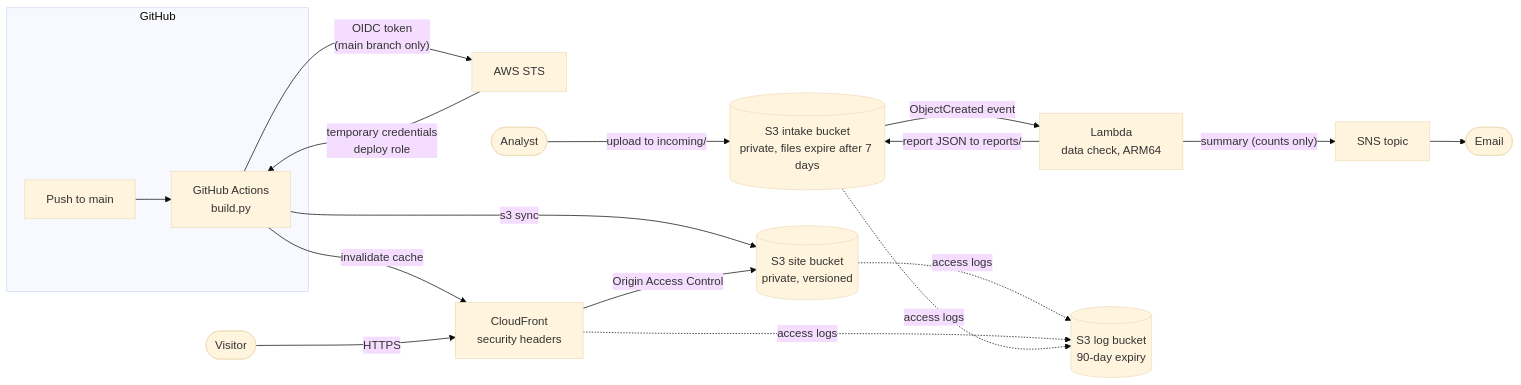
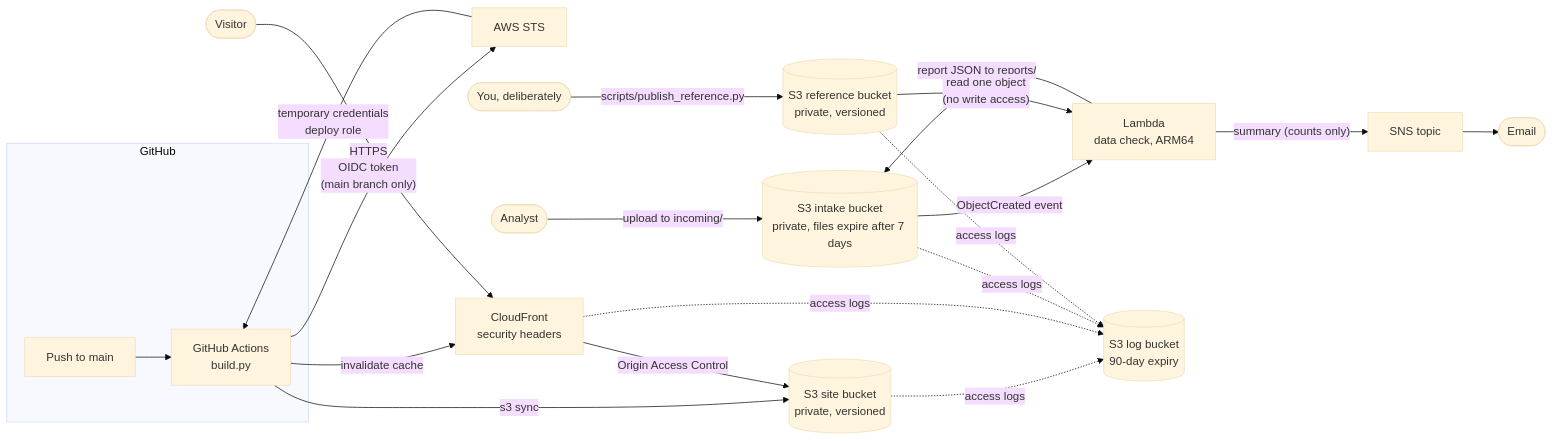
One commit to Dito-84/hip-knee-replacement-outcomes-dashboard changed the diagram in infra/README.md. Above: the diagram before and after it, drawn with Mermaid (base theme). The commit also changed other lines of this file and 18 other files, not shown here.

First line of the commit message:
Drift check in the data-check Lambda, against a read-only reference (#25)

````diff
--- a/infra/README.md
+++ b/infra/README.md
@@ -12,21 +12,24 @@
 ```mermaid
 flowchart LR
     subgraph GitHub
         push[Push to main] --> gha[GitHub Actions<br/>build.py]
     end
     gha -- "OIDC token<br/>(main branch only)" --> sts[AWS STS]
     sts -- "temporary credentials<br/>deploy role" --> gha
     gha -- "s3 sync" --> site[(S3 site bucket<br/>private, versioned)]
     gha -- "invalidate cache" --> cf
     viewer([Visitor]) -- HTTPS --> cf[CloudFront<br/>security headers]
     cf -- "Origin Access Control" --> site
 
     analyst([Analyst]) -- "upload to incoming/" --> intake[(S3 intake bucket<br/>private, files expire after 7 days)]
     intake -- "ObjectCreated event" --> fn[Lambda<br/>data check, ARM64]
     fn -- "report JSON to reports/" --> intake
     fn -- "summary (counts only)" --> sns[SNS topic] --> email([Email])
+    ref[(S3 reference bucket<br/>private, versioned)] -- "read one object<br/>(no write access)" --> fn
+    you([You, deliberately]) -- "scripts/publish_reference.py" --> ref
 
     site -. access logs .-> logs[(S3 log bucket<br/>90-day expiry)]
     cf -. access logs .-> logs
     intake -. access logs .-> logs
+    ref -. access logs .-> logs
 ```
````
